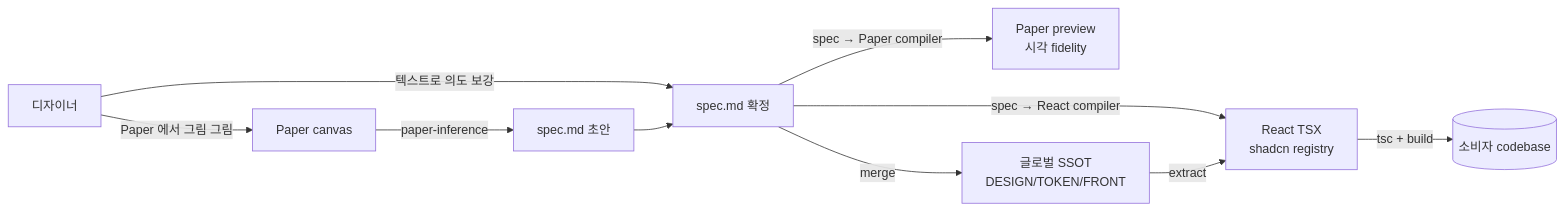
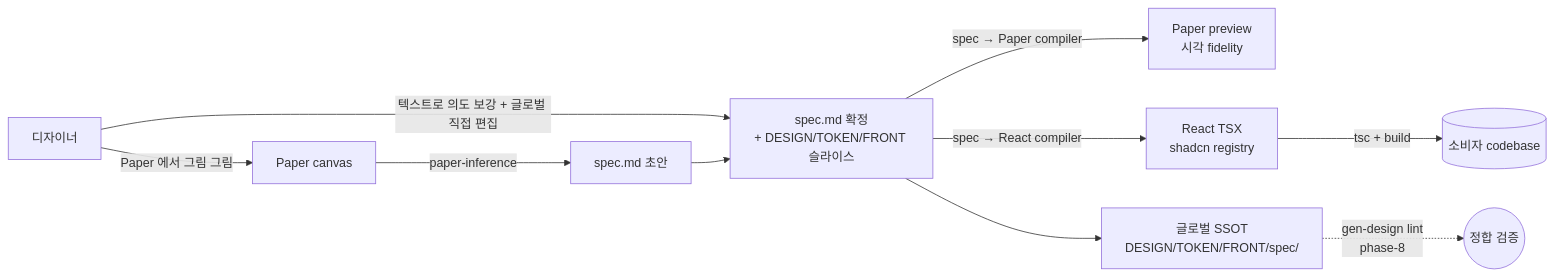
One commit to Changsik00/gen-design changed the diagram in docs/handbook.md. Above: the diagram before and after it, drawn with Mermaid. The commit also changed other lines of this file, not shown here.

First line of the commit message:
docs(spec-7-11): handbook self-contained polish

````diff
--- a/docs/handbook.md
+++ b/docs/handbook.md
@@ -16,12 +16,12 @@
 ```mermaid
 flowchart LR
   D[디자이너] -->|Paper 에서 그림 그림| P[Paper canvas]
   P -->|paper-inference| S1[spec.md 초안]
-  D -->|텍스트로 의도 보강| S2[spec.md 확정]
+  D -->|텍스트로 의도 보강 + 글로벌 직접 편집| S2[spec.md 확정<br/>+ DESIGN/TOKEN/FRONT 슬라이스]
   S1 --> S2
   S2 -->|spec → Paper compiler| P2[Paper preview<br/>시각 fidelity]
   S2 -->|spec → React compiler| R[React TSX<br/>shadcn registry]
-  S2 -->|merge| G[글로벌 SSOT<br/>DESIGN/TOKEN/FRONT]
-  G -->|extract| R
+  S2 --> G[글로벌 SSOT<br/>DESIGN/TOKEN/FRONT/spec/]
+  G -.->|gen-design lint<br/>phase-8| L((정합 검증))
   R -->|tsc + build| C[(소비자 codebase)]
 ```
````
